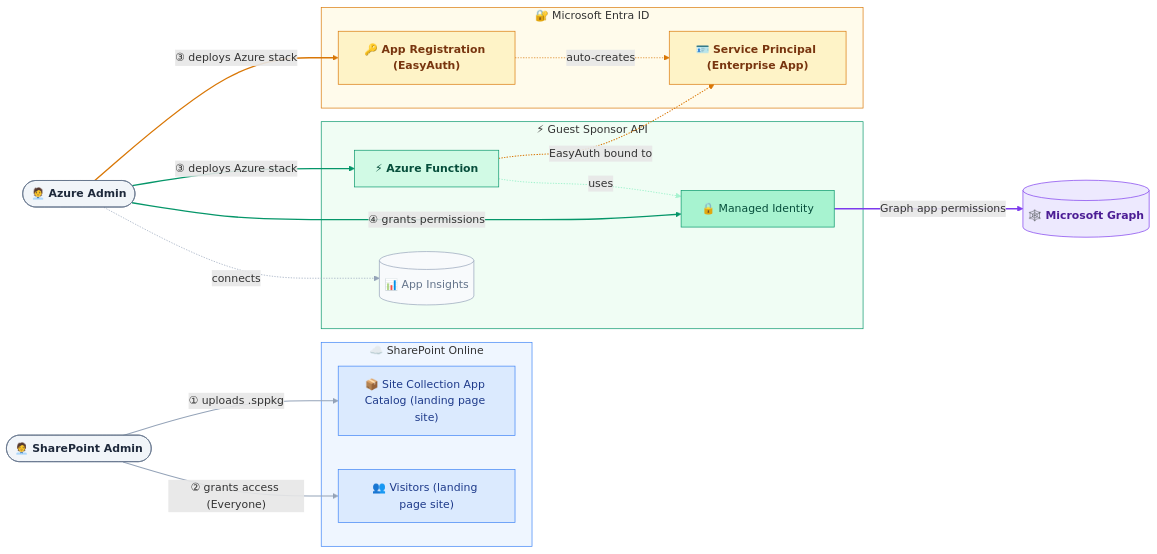
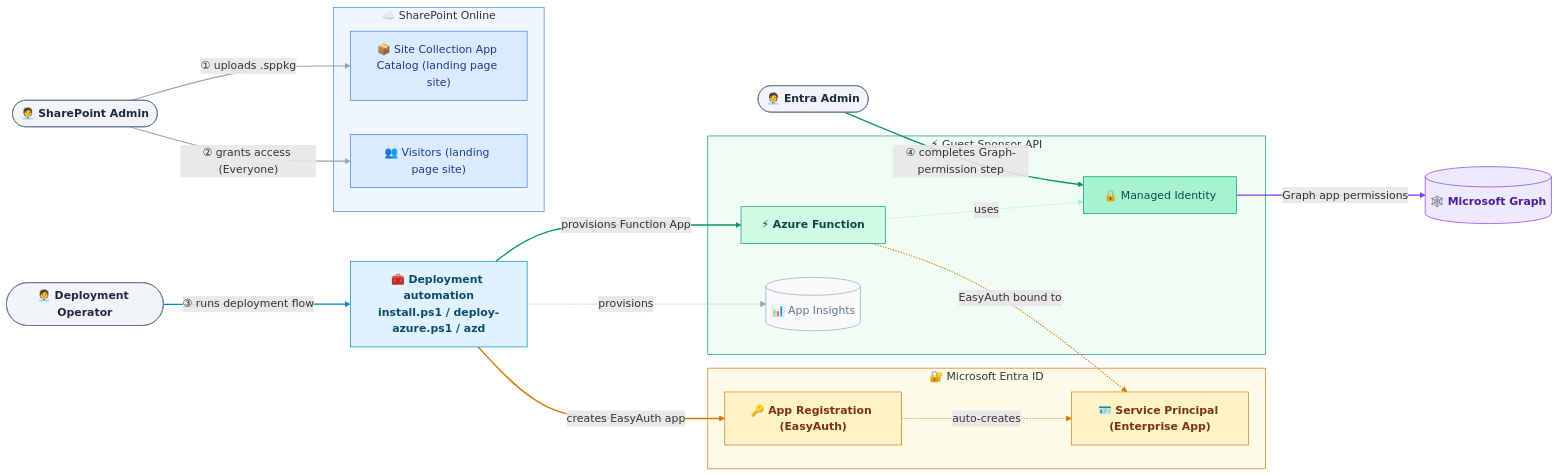
The first of 2 diagrams in docs/architecture-diagram.md (jpawlowski/spfx-guest-sponsor-info), drawn with Mermaid before and after one commit. The commit also changed other lines of this file and 1 other file, not shown here.

Commit message:
docs: update deployment guide and architecture diagram references
Updated the deployment guide to reflect changes in the architecture diagram,
including the new admin roles and automation steps. Added a new section for
deployment phases to clarify the process for SharePoint and Azure administrators.

````diff
--- a/docs/architecture-diagram.md
+++ b/docs/architecture-diagram.md
@@ -20,69 +21,75 @@
 ```mermaid
 flowchart LR
     classDef admin    fill:#f1f5f9,stroke:#64748b,color:#1e293b,font-weight:bold
     classDef delivery fill:#dbeafe,stroke:#3b82f6,color:#1e3a8a
     classDef token    fill:#fef3c7,stroke:#d97706,color:#78350f,font-weight:bold
     classDef gate     fill:#fde68a,stroke:#b45309,color:#78350f,font-weight:bold
     classDef func     fill:#d1fae5,stroke:#059669,color:#064e3b,font-weight:bold
     classDef infra    fill:#a7f3d0,stroke:#059669,color:#064e3b
     classDef logs     fill:#f8fafc,stroke:#94a3b8,color:#64748b
     classDef msgraph  fill:#ede9fe,stroke:#7c3aed,color:#4c1d95,font-weight:bold
+    classDef tool     fill:#e0f2fe,stroke:#0284c7,color:#0c4a6e,font-weight:bold
 
     SpAdmin(["🧑‍💼 SharePoint Admin"]):::admin
-    AzAdmin(["🧑‍💼 Azure Admin"]):::admin
+    DeployOp(["🧑‍💼 Deployment Operator"]):::admin
+    EntraAdmin(["🧑‍💼 Entra Admin"]):::admin
+    Deploy["🧰 Deployment automation<br/>install.ps1 / deploy-azure.ps1 / azd"]:::tool
 
     subgraph spo["☁️ SharePoint Online"]
         SCAC["📦 Site Collection App Catalog (landing page site)"]:::delivery
         Visitors["👥 Visitors (landing page site)"]:::delivery
     end
 
     subgraph entra["🔐 Microsoft Entra ID"]
         AppReg["🔑 App Registration (EasyAuth)"]:::token
         SP["🪪 Service Principal (Enterprise App)"]:::token
     end
 
     subgraph azure["⚡ Guest Sponsor API"]
         Func["⚡ Azure Function"]:::func
         MI["🔒 Managed Identity"]:::infra
         AI[("📊 App Insights")]:::logs
     end
 
     Graph[("🕸️ Microsoft Graph")]:::msgraph
 
     SpAdmin -- "① uploads .sppkg"              --> SCAC
     SpAdmin -- "② grants access (Everyone)"    --> Visitors
 
-    AzAdmin -- "③ deploys Azure stack"         --> AppReg
+    DeployOp -- "③ runs deployment flow"       --> Deploy
+    Deploy  -- "creates EasyAuth app"          --> AppReg
     AppReg  -. "auto-creates"                .-> SP
-    AzAdmin -- "③ deploys Azure stack"         --> Func
+    Deploy  -- "provisions Function App"       --> Func
     Func    -. "EasyAuth bound to"            .-> SP
-    AzAdmin -- "④ grants permissions"         --> MI
+    EntraAdmin -- "④ completes Graph-permission step" --> MI
     Func    -. "uses"                        .-> MI
     MI      -- "Graph app permissions"        --> Graph
-    AzAdmin -. "connects"                    .-> AI
+    Deploy  -. "provisions"                  .-> AI
 
     style spo   fill:#eff6ff,stroke:#3b82f6
     style entra fill:#fffbeb,stroke:#d97706
     style azure fill:#f0fdf4,stroke:#059669
 
     %% 0     SharePoint delivery (step ①)
     linkStyle 0     stroke:#94a3b8,stroke-width:1.5px
     %% 1     guest Visitor access (step ②)
     linkStyle 1     stroke:#94a3b8,stroke-width:1.5px
-    %% 2     Azure stack deploy (step ③)
-    linkStyle 2     stroke:#d97706,stroke-width:2px
-    %% 3     AppReg auto-creates SP
-    linkStyle 3     stroke:#d97706,stroke-width:1px
-    %% 4     Azure stack deploy (step ③)
-    linkStyle 4     stroke:#059669,stroke-width:2px
-    %% 5     EasyAuth bound to SP
-    linkStyle 5     stroke:#d97706,stroke-width:1.5px
-    %% 6     permission grant to MI (step ④)
-    linkStyle 6     stroke:#059669,stroke-width:2px
-    %% 7     Func uses MI
-    linkStyle 7     stroke:#a7f3d0,stroke-width:1.5px
-    %% 8     MI→Graph permission
-    linkStyle 8     stroke:#7c3aed,stroke-width:2px
-    %% 9     AI connection
-    linkStyle 9     stroke:#94a3b8,stroke-width:1px
+    %% 2     deployment flow started (step ③)
+    linkStyle 2     stroke:#0284c7,stroke-width:2px
+    %% 3     App Registration created by automation
+    linkStyle 3     stroke:#d97706,stroke-width:2px
+    %% 4     AppReg auto-creates SP
+    linkStyle 4     stroke:#d97706,stroke-width:1px
+    %% 5     Function App provisioned by automation
+    linkStyle 5     stroke:#059669,stroke-width:2px
+    %% 6     EasyAuth bound to SP
+    linkStyle 6     stroke:#d97706,stroke-width:1.5px
+    %% 7     permission grant step (④)
+    linkStyle 7     stroke:#059669,stroke-width:2px
+    %% 8     Func uses MI
+    linkStyle 8     stroke:#a7f3d0,stroke-width:1.5px
+    %% 9     MI→Graph permission
+    linkStyle 9     stroke:#7c3aed,stroke-width:2px
+    %% 10    App Insights provisioned
+    linkStyle 10    stroke:#94a3b8,stroke-width:1px
 ```
````
